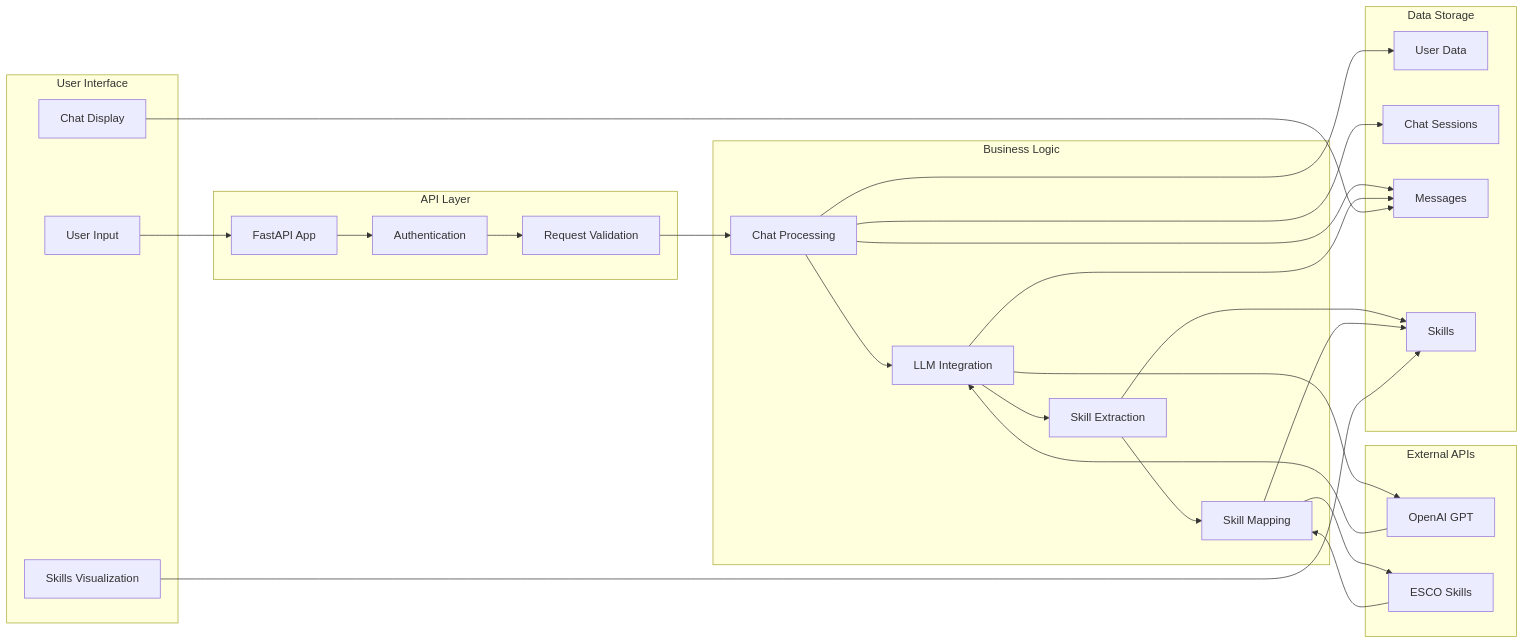
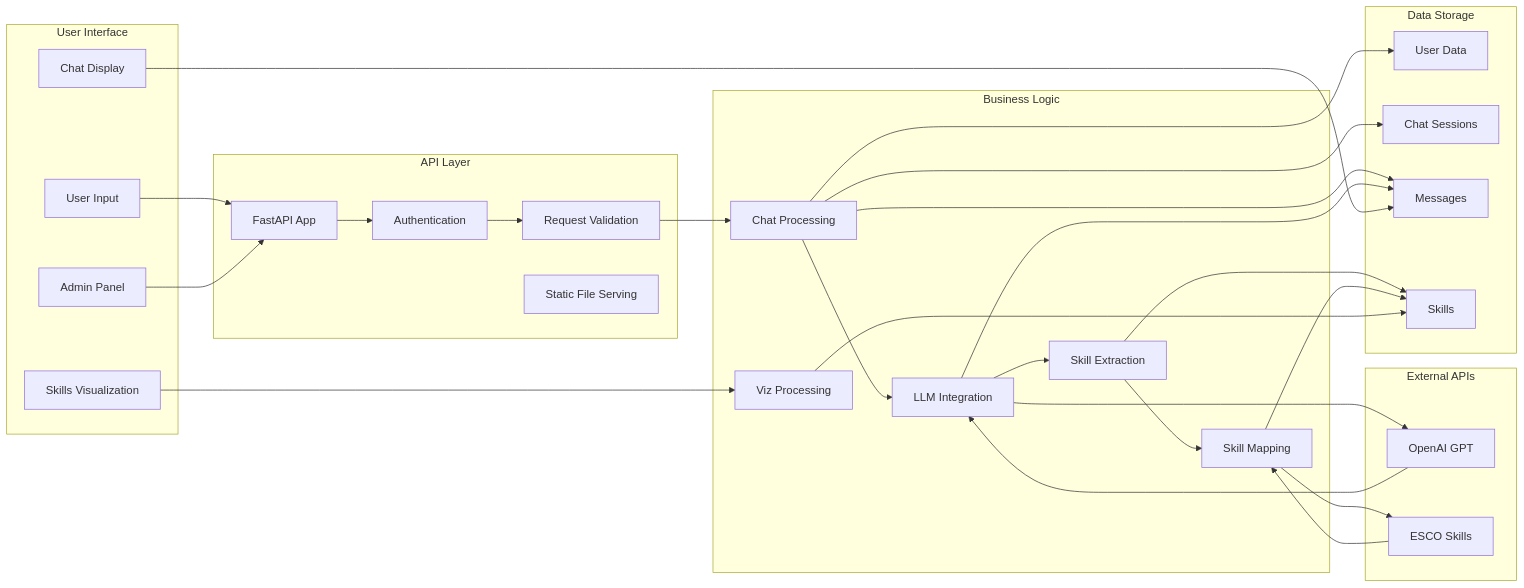
Before and after one commit to Flo-Wei/BachelorThesis: the second of 4 diagrams in README.md, drawn with Mermaid. The commit also changed other lines of this file, not shown here.

````diff
--- a/README.md
+++ b/README.md
@@ -204,56 +144,61 @@
 ```mermaid
 flowchart LR
     subgraph "User Interface"
         A[User Input]
         B[Chat Display]
         C[Skills Visualization]
+        D[Admin Panel]
     end
     
     subgraph "API Layer"
-        D[FastAPI App]
-        E[Authentication]
-        F[Request Validation]
+        E[FastAPI App]
+        F[Authentication]
+        G[Request Validation]
+        H[Static File Serving]
     end
     
     subgraph "Business Logic"
-        G[Chat Processing]
-        H[LLM Integration]
-        I[Skill Extraction]
-        J[Skill Mapping]
+        I[Chat Processing]
+        J[LLM Integration]
+        K[Skill Extraction]
+        L[Skill Mapping]
+        M[Viz Processing]
     end
     
     subgraph "Data Storage"
-        K[User Data]
-        L[Chat Sessions]
-        M[Messages]
-        N[Skills]
+        N[User Data]
+        O[Chat Sessions]
+        P[Messages]
+        Q[Skills]
     end
     
     subgraph "External APIs"
-        O[OpenAI GPT]
-        P[ESCO Skills]
+        R[OpenAI GPT]
+        S[ESCO Skills]
     end
     
-    A --> D
+    A --> E
     D --> E
     E --> F
     F --> G
-    G --> H
-    H --> O
-    O --> H
-    H --> I
+    G --> I
     I --> J
+    J --> R
+    R --> J
+    J --> K
+    K --> L
+    L --> S
+    S --> L
+    
+    I --> N
+    I --> O
+    I --> P
+    K --> Q
+    
     J --> P
-    P --> J
+    L --> Q
     
-    G --> K
-    G --> L
-    G --> M
-    I --> N
-    
-    H --> M
-    J --> N
-    
-    B --> M
-    C --> N
+    B --> P
+    C --> M
+    M --> Q
 ```
````
